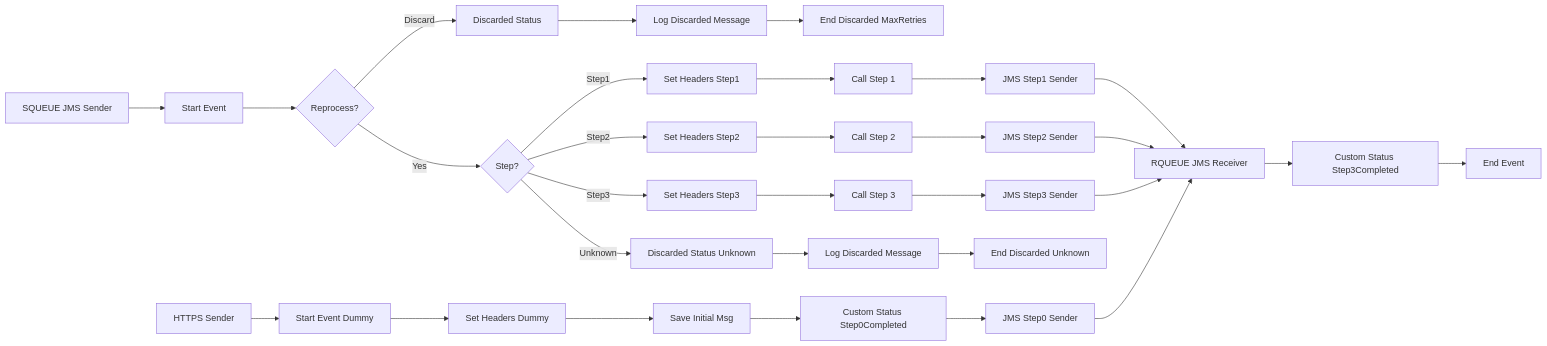
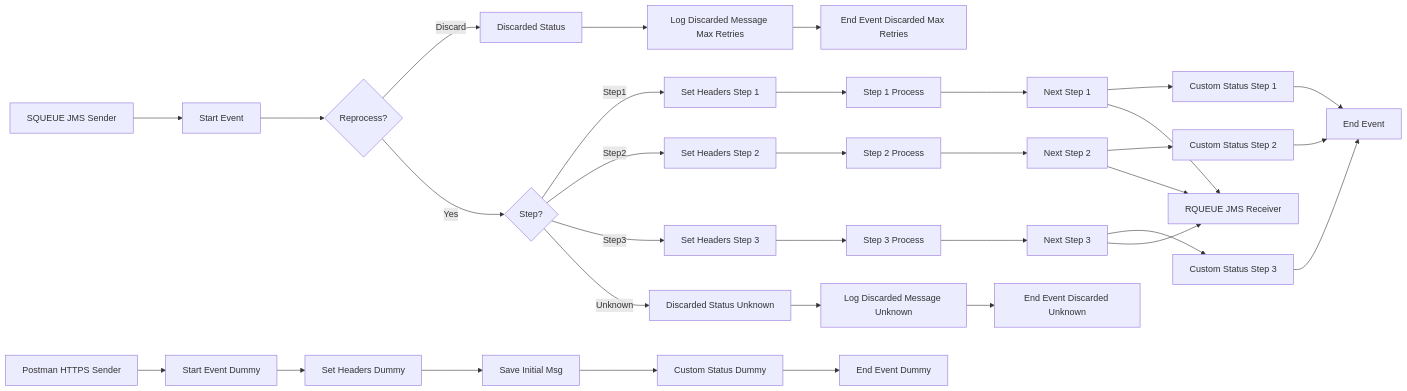
Before and after one commit to Avvale-IA-CICD/AvvaleCPI: the diagram in MMZ - Cell Iflows/SEDA_Model_-_Single_Queue_-_Restart_and_Discard_MMZ-1.0.0/readme.md, drawn with Mermaid. The commit also changed other lines of this file, not shown here.

Commit message:
Add/update documentation for SEDA_Model_-_Single_Queue_-_Restart_and_Discard_MMZ v1.0.0

````diff
--- a/MMZ - Cell Iflows/SEDA_Model_-_Single_Queue_-_Restart_and_Discard_MMZ-1.0.0/readme.md
+++ b/MMZ - Cell Iflows/SEDA_Model_-_Single_Queue_-_Restart_and_Discard_MMZ-1.0.0/readme.md
@@ -5,32 +5,35 @@
 ```mermaid
 graph LR
     SQUEUE[SQUEUE JMS Sender] --> StartEvent[Start Event]
     StartEvent --> ReprocessGateway{Reprocess?}
     ReprocessGateway -- Discard --> DiscardedStatus[Discarded Status]
-    DiscardedStatus --> LogDiscardedMessage1[Log Discarded Message]
-    LogDiscardedMessage1 --> EndDiscardedMaxRetries[End Discarded MaxRetries]
+    DiscardedStatus --> LogDiscardedMessageMaxRetries[Log Discarded Message Max Retries]
+    LogDiscardedMessageMaxRetries --> EndEventDiscardedMaxRetries[End Event Discarded Max Retries]
     ReprocessGateway -- Yes --> StepGateway{Step?}
-    StepGateway -- Step1 --> SetHeaders1[Set Headers Step1]
-    SetHeaders1 --> Step1Call[Call Step 1]
-    Step1Call --> JMSStep1[JMS Step1 Sender]
-    JMSStep1 --> RQUEUE[RQUEUE JMS Receiver]
-    StepGateway -- Step2 --> SetHeaders2[Set Headers Step2]
-    SetHeaders2 --> Step2Call[Call Step 2]
-    Step2Call --> JMSStep2[JMS Step2 Sender]
-    JMSStep2 --> RQUEUE
-    StepGateway -- Step3 --> SetHeaders3[Set Headers Step3]
-    SetHeaders3 --> Step3Call[Call Step 3]
-    Step3Call --> JMSStep3[JMS Step3 Sender]
-    JMSStep3 --> RQUEUE
-    StepGateway -- Unknown --> DiscardedStatus2[Discarded Status Unknown]
-    DiscardedStatus2 --> LogDiscardedMessage2[Log Discarded Message]
-    LogDiscardedMessage2 --> EndDiscardedUnknown[End Discarded Unknown]
-    RQUEUE --> CustomStatus3[Custom Status Step3Completed]
-    CustomStatus3 --> EndEvent[End Event]
-    HTTPS[HTTPS Sender] --> StartEventDummy[Start Event Dummy]
+    StepGateway -- Step1 --> SetHeadersStep1[Set Headers Step 1]
+    SetHeadersStep1 --> Step1[Step 1 Process]
+    StepGateway -- Step2 --> SetHeadersStep2[Set Headers Step 2]
+    SetHeadersStep2 --> Step2[Step 2 Process]
+    StepGateway -- Step3 --> SetHeadersStep3[Set Headers Step 3]
+    SetHeadersStep3 --> Step3[Step 3 Process]
+    StepGateway -- Unknown --> DiscardedStatusUnknown[Discarded Status Unknown]
+    DiscardedStatusUnknown --> LogDiscardedMessageUnknown[Log Discarded Message Unknown]
+    LogDiscardedMessageUnknown --> EndEventDiscardedUnknown[End Event Discarded Unknown]
+    Step1 --> NextStep1[Next Step 1]
+    Step2 --> NextStep2[Next Step 2]
+    Step3 --> NextStep3[Next Step 3]
+    NextStep1 --> CustomStatusStep1[Custom Status Step 1]
+    NextStep2 --> CustomStatusStep2[Custom Status Step 2]
+    NextStep3 --> CustomStatusStep3[Custom Status Step 3]
+    CustomStatusStep1 --> EndEvent[End Event]
+    CustomStatusStep2 --> EndEvent[End Event]
+    CustomStatusStep3 --> EndEvent[End Event]
+    NextStep1 --> RQUEUE[RQUEUE JMS Receiver]
+    NextStep2 --> RQUEUE[RQUEUE JMS Receiver]
+    NextStep3 --> RQUEUE[RQUEUE JMS Receiver]
+    Postman[Postman HTTPS Sender] --> StartEventDummy[Start Event Dummy]
     StartEventDummy --> SetHeadersDummy[Set Headers Dummy]
     SetHeadersDummy --> SaveInitialMsg[Save Initial Msg]
-    SaveInitialMsg --> CustomStatusDummy[Custom Status Step0Completed]
-    CustomStatusDummy --> JMSStep0[JMS Step0 Sender]
-    JMSStep0 --> RQUEUE
+    SaveInitialMsg --> CustomStatusDummy[Custom Status Dummy]
+    CustomStatusDummy --> EndEventDummy[End Event Dummy]
 ```
````
